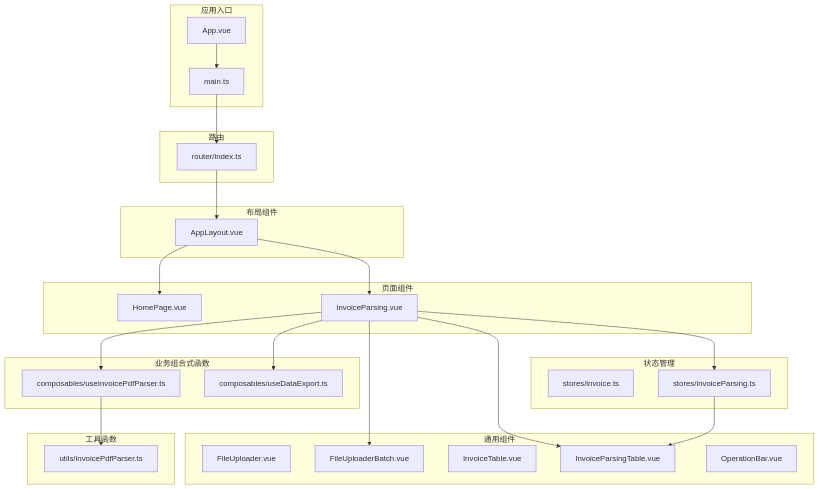
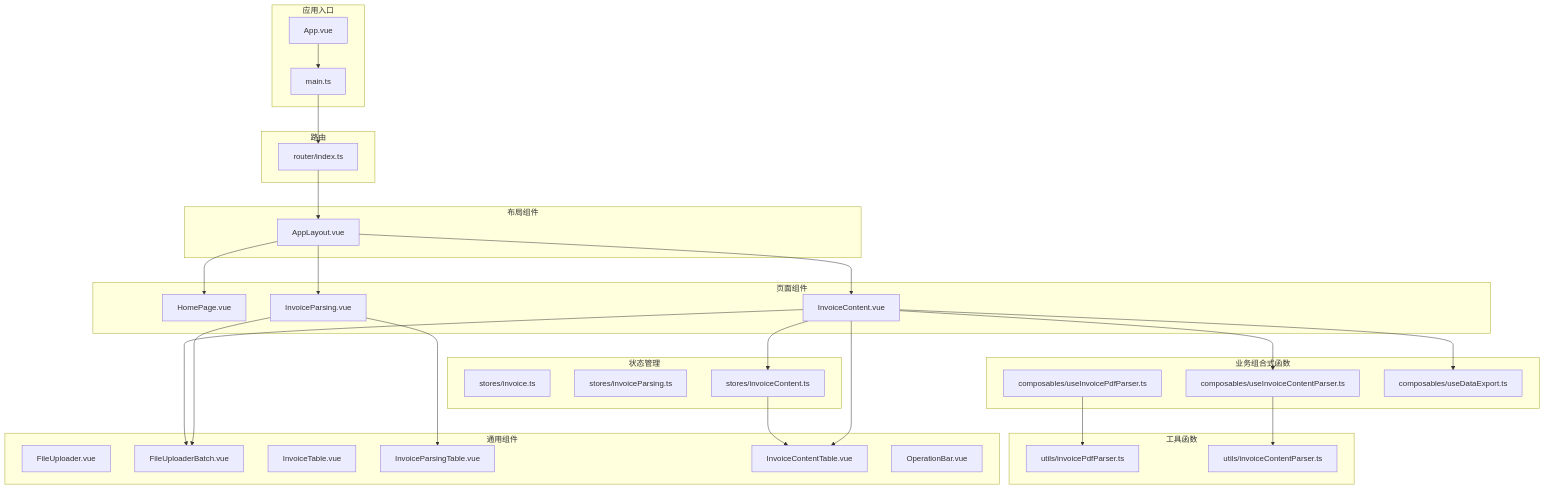
The first of 10 diagrams in .qoder/repowiki/zh/content/组件架构设计/组件架构设计.md (dunhuixiao/FinanceTools), drawn with Mermaid before and after one commit. The commit also changed other lines of this file and 20 other files, not shown here.

````diff
--- a/.qoder/repowiki/zh/content/组件架构设计/组件架构设计.md
+++ b/.qoder/repowiki/zh/content/组件架构设计/组件架构设计.md
@@ -60,47 +66,56 @@
 ```mermaid
 graph TB
 subgraph "应用入口"
 App["App.vue"]
 Main["main.ts"]
 end
 subgraph "路由"
 Router["router/index.ts"]
 end
 subgraph "布局组件"
 AppLayout["AppLayout.vue"]
 end
 subgraph "页面组件"
 HomePage["HomePage.vue"]
 InvoiceParsingView["InvoiceParsing.vue"]
+InvoiceContentView["InvoiceContent.vue"]
 end
 subgraph "通用组件"
 FileUploader["FileUploader.vue"]
 FileUploaderBatch["FileUploaderBatch.vue"]
 InvoiceTable["InvoiceTable.vue"]
 InvoiceParsingTable["InvoiceParsingTable.vue"]
+InvoiceContentTable["InvoiceContentTable.vue"]
 OperationBar["OperationBar.vue"]
 end
 subgraph "状态管理"
 StoreInvoice["stores/invoice.ts"]
 StoreInvoiceParsing["stores/invoiceParsing.ts"]
+StoreInvoiceContent["stores/invoiceContent.ts"]
 end
 subgraph "业务组合式函数"
 ComposableParser["composables/useInvoicePdfParser.ts"]
+ComposableContentParser["composables/useInvoiceContentParser.ts"]
 ComposableExport["composables/useDataExport.ts"]
 end
 subgraph "工具函数"
 UtilsPdfParser["utils/invoicePdfParser.ts"]
+UtilsContentParser["utils/invoiceContentParser.ts"]
 end
 App --> Main
 Main --> Router
 Router --> AppLayout
 AppLayout --> HomePage
 AppLayout --> InvoiceParsingView
+AppLayout --> InvoiceContentView
 InvoiceParsingView --> FileUploaderBatch
 InvoiceParsingView --> InvoiceParsingTable
-InvoiceParsingView --> ComposableParser
-InvoiceParsingView --> ComposableExport
-InvoiceParsingView --> StoreInvoiceParsing
-StoreInvoiceParsing --> InvoiceParsingTable
+InvoiceContentView --> FileUploaderBatch
+InvoiceContentView --> InvoiceContentTable
+InvoiceContentView --> ComposableContentParser
+InvoiceContentView --> ComposableExport
+InvoiceContentView --> StoreInvoiceContent
+StoreInvoiceContent --> InvoiceContentTable
 ComposableParser --> UtilsPdfParser
+ComposableContentParser --> UtilsContentParser
 ```
````
